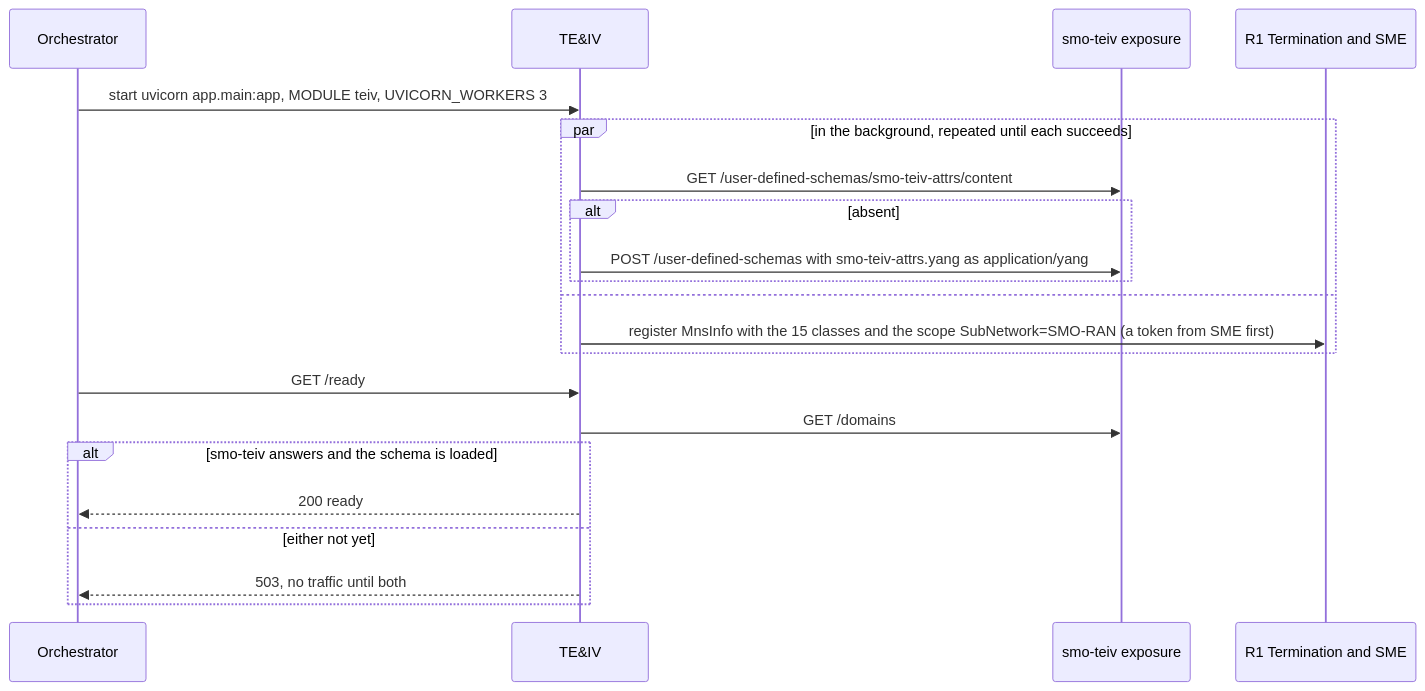
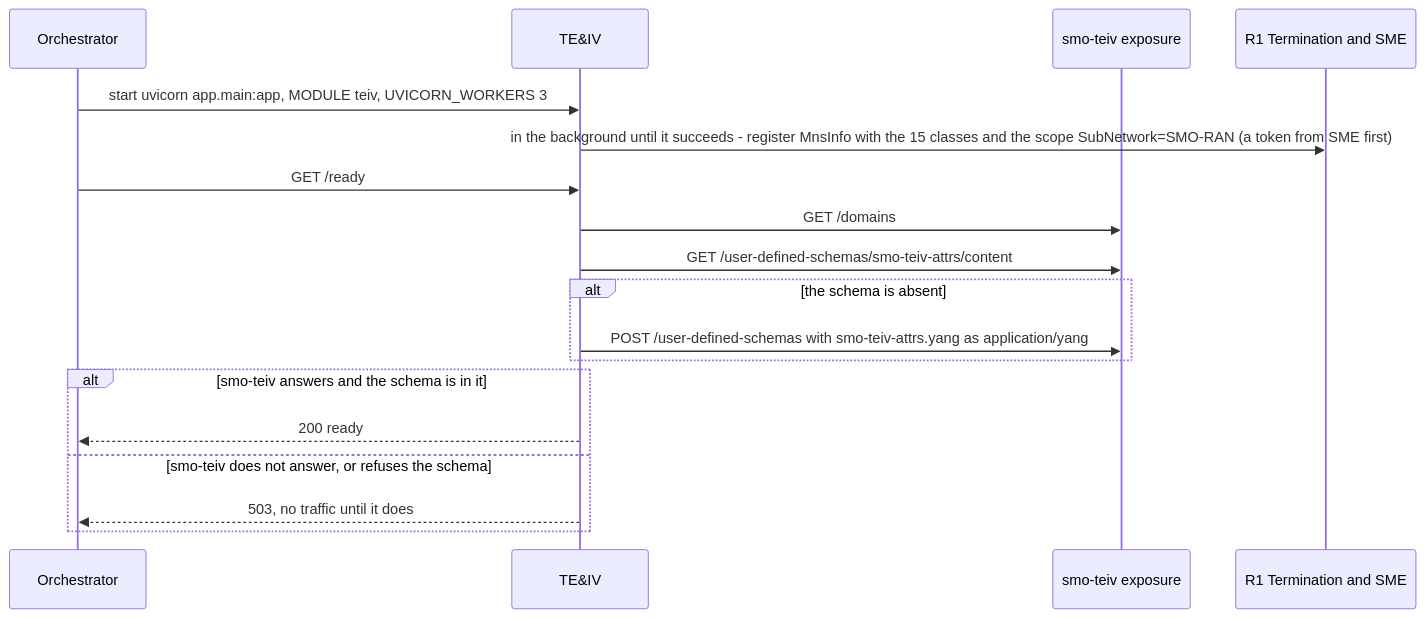
The first of 3 diagrams in smo/teiv/docs/lifecycle.md (rsys-bshankar/ai-ran-smo), drawn with Mermaid before and after one commit. The commit also changed other lines of this file and 12 other files, not shown here.

First line of the commit message:
TE&IV reads fan out with asyncio per read; the decorator schema is loaded by the readiness probe

````diff
--- a/smo/teiv/docs/lifecycle.md
+++ b/smo/teiv/docs/lifecycle.md
@@ -18,24 +18,21 @@
 ```mermaid
 sequenceDiagram
     participant O as Orchestrator
     participant T as TE&IV
     participant X as smo-teiv exposure
     participant R as R1 Termination and SME
 
     O->>T: start uvicorn app.main:app, MODULE teiv, UVICORN_WORKERS 3
-    par in the background, repeated until each succeeds
-        T->>X: GET /user-defined-schemas/smo-teiv-attrs/content
-        alt absent
-            T->>X: POST /user-defined-schemas with smo-teiv-attrs.yang as application/yang
-        end
-    and
-        T->>R: register MnsInfo with the 15 classes and the scope SubNetwork=SMO-RAN (a token from SME first)
-    end
+    T->>R: in the background until it succeeds - register MnsInfo with the 15 classes and the scope SubNetwork=SMO-RAN (a token from SME first)
     O->>T: GET /ready
     T->>X: GET /domains
-    alt smo-teiv answers and the schema is loaded
+    T->>X: GET /user-defined-schemas/smo-teiv-attrs/content
+    alt the schema is absent
+        T->>X: POST /user-defined-schemas with smo-teiv-attrs.yang as application/yang
+    end
+    alt smo-teiv answers and the schema is in it
         T-->>O: 200 ready
-    else either not yet
-        T-->>O: 503, no traffic until both
+    else smo-teiv does not answer, or refuses the schema
+        T-->>O: 503, no traffic until it does
     end
 ```
````
